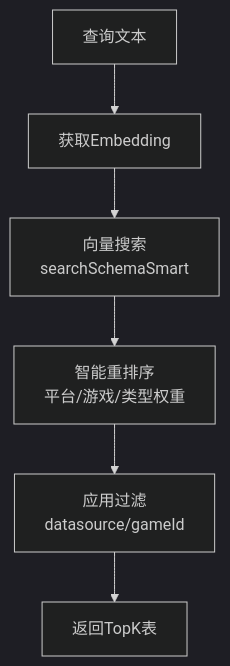
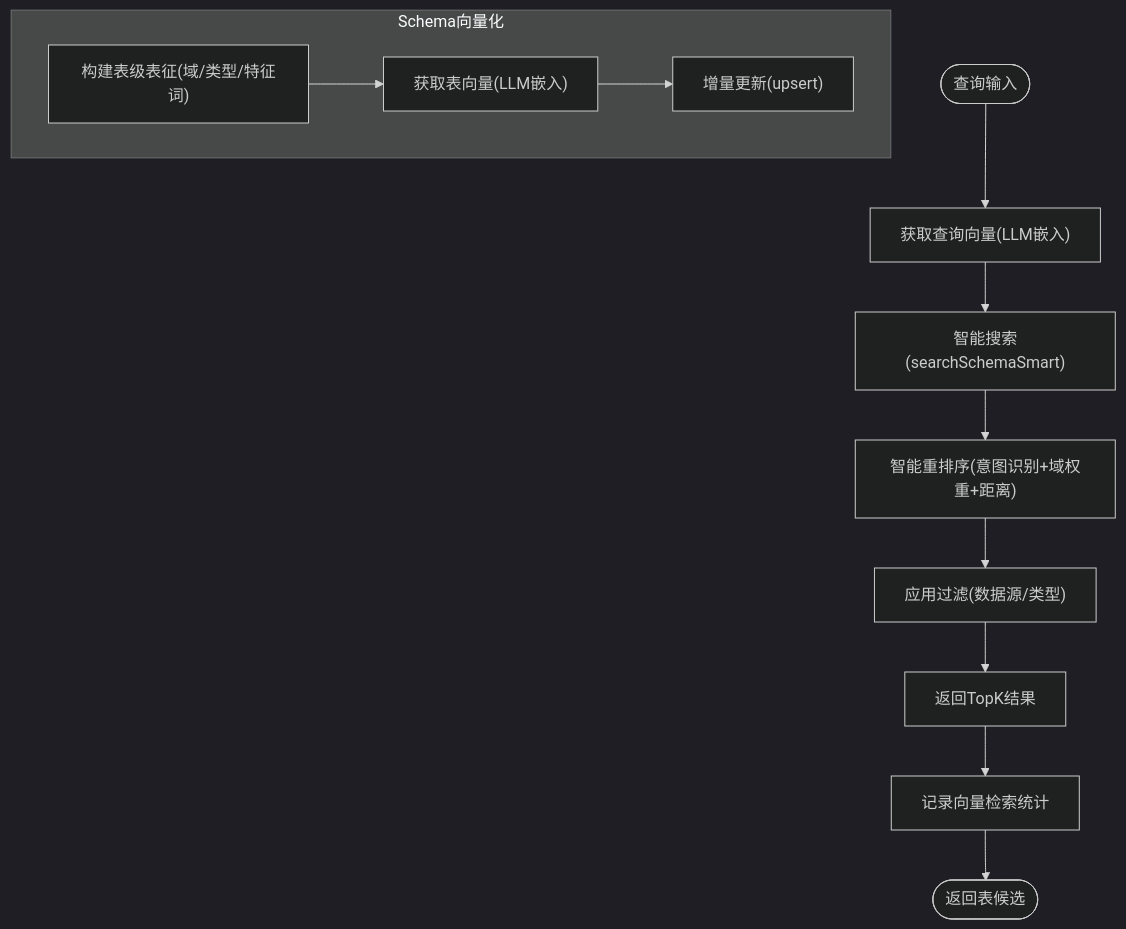
Before and after one commit to HanHuiOnLine/724-office: the sixth of 8 diagrams in NL2SQL/.qoder/repowiki/zh/content/系统架构/数据流设计.md, drawn with Mermaid (dark theme). The commit also changed other lines of this file and 203 other files, not shown here.

````diff
--- a/NL2SQL/.qoder/repowiki/zh/content/系统架构/数据流设计.md
+++ b/NL2SQL/.qoder/repowiki/zh/content/系统架构/数据流设计.md
@@ -263,8 +256,16 @@
 ```mermaid
 flowchart TD
-Q["查询文本"] --> E["获取Embedding"]
-E --> S["向量搜索<br/>searchSchemaSmart"]
-S --> R["智能重排序<br/>平台/游戏/类型权重"]
-R --> F["应用过滤<br/>datasource/gameId"]
-F --> TopK["返回TopK表"]
+QStart(["查询输入"]) --> Embed["获取查询向量(LLM嵌入)"]
+Embed --> Smart["智能搜索(searchSchemaSmart)"]
+Smart --> Rank["智能重排序(意图识别+域权重+距离)"]
+Rank --> Filter["应用过滤(数据源/类型)"]
+Filter --> TopK["返回TopK结果"]
+TopK --> Record["记录向量检索统计"]
+Record --> QEnd(["返回表候选"])
+subgraph "Schema向量化"
+SBuild["构建表级表征(域/类型/特征词)"]
+SEmbed["获取表向量(LLM嵌入)"]
+SUpset["增量更新(upsert)"]
+end
+SBuild --> SEmbed --> SUpset
 ```
````
